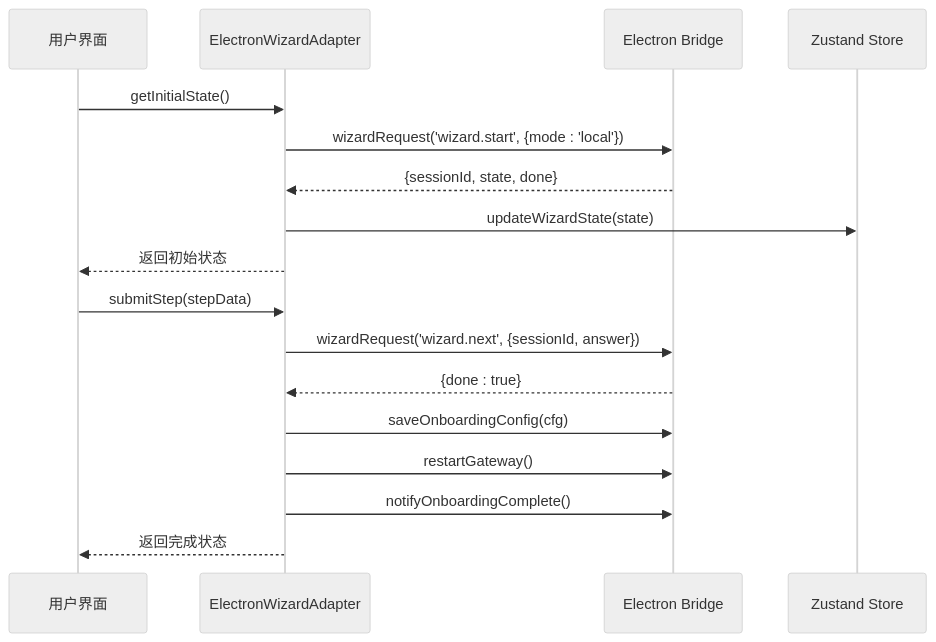
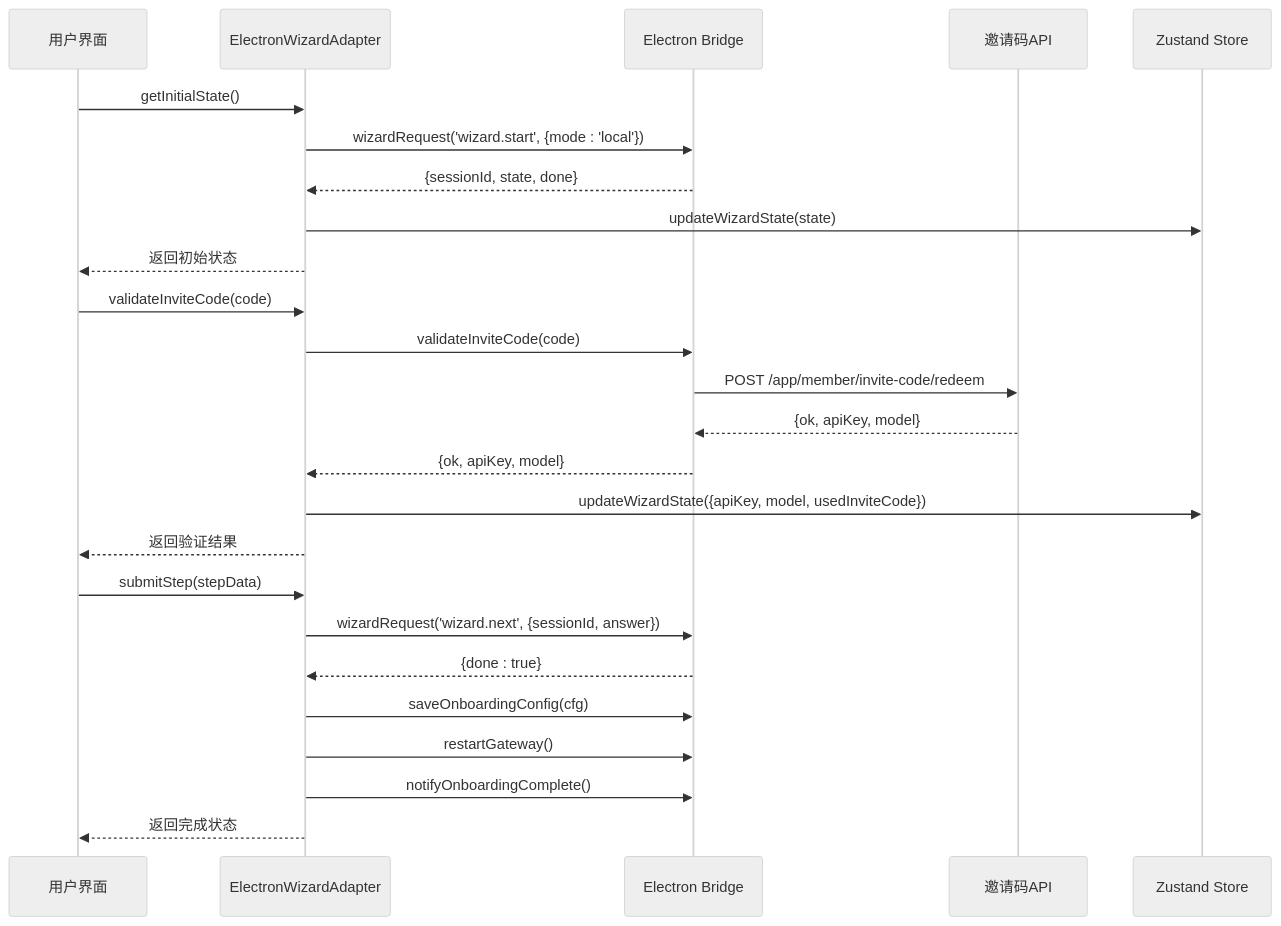
One commit to verse-ai-org/openclaw changed the fifth of 9 diagrams in .qoder/repowiki/zh/content/设置向导适配器.md. Above: the diagram before and after it, drawn with Mermaid (neutral theme). The commit also changed other lines of this file and 24 other files, not shown here.

````diff
--- a/.qoder/repowiki/zh/content/设置向导适配器.md
+++ b/.qoder/repowiki/zh/content/设置向导适配器.md
@@ -232,19 +263,27 @@
 ```mermaid
 sequenceDiagram
 participant UI as 用户界面
 participant Adapter as ElectronWizardAdapter
 participant Bridge as Electron Bridge
+participant InviteAPI as 邀请码API
 participant Store as Zustand Store
 UI->>Adapter : getInitialState()
 Adapter->>Bridge : wizardRequest('wizard.start', {mode : 'local'})
 Bridge-->>Adapter : {sessionId, state, done}
 Adapter->>Store : updateWizardState(state)
 Adapter-->>UI : 返回初始状态
+UI->>Adapter : validateInviteCode(code)
+Adapter->>Bridge : validateInviteCode(code)
+Bridge->>InviteAPI : POST /app/member/invite-code/redeem
+InviteAPI-->>Bridge : {ok, apiKey, model}
+Bridge-->>Adapter : {ok, apiKey, model}
+Adapter->>Store : updateWizardState({apiKey, model, usedInviteCode})
+Adapter-->>UI : 返回验证结果
 UI->>Adapter : submitStep(stepData)
 Adapter->>Bridge : wizardRequest('wizard.next', {sessionId, answer})
 Bridge-->>Adapter : {done : true}
 Adapter->>Bridge : saveOnboardingConfig(cfg)
 Adapter->>Bridge : restartGateway()
 Adapter->>Bridge : notifyOnboardingComplete()
 Adapter-->>UI : 返回完成状态
 ```
````
